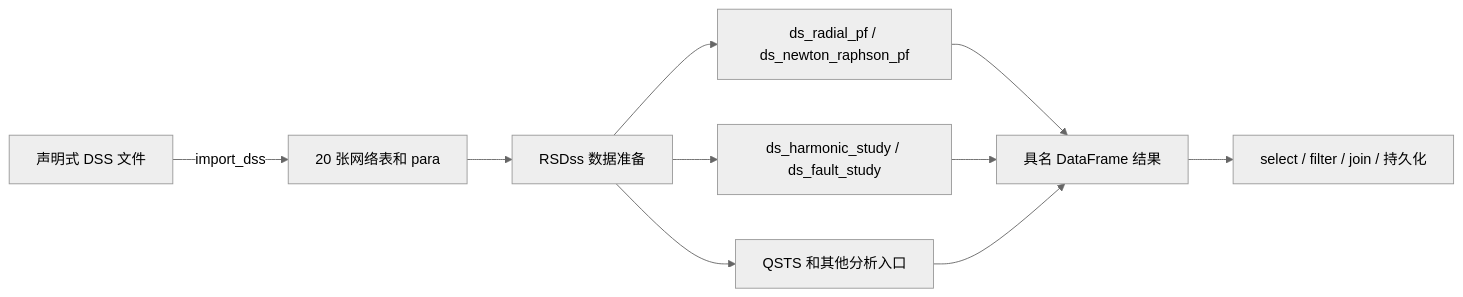
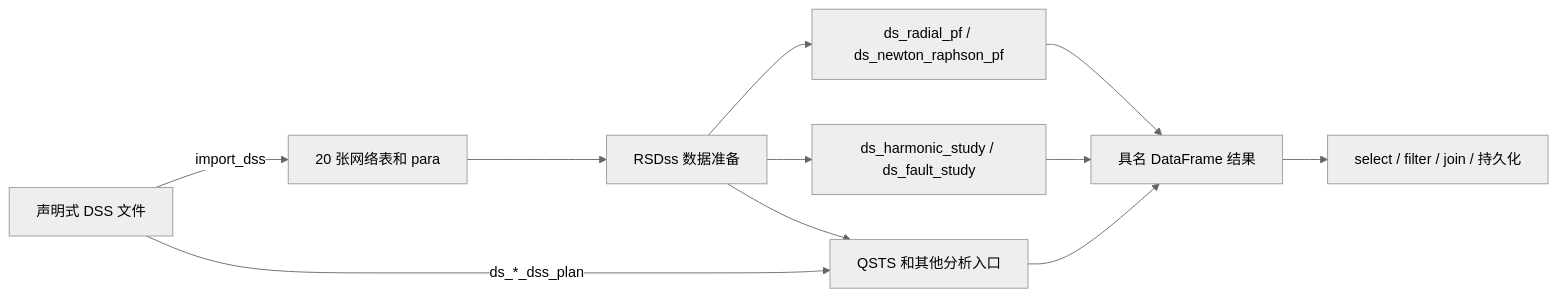
One commit to shufengdong/sparrowzz changed the diagram in dss/docs/opendss_to_rss.md. Above: the diagram before and after it, drawn with Mermaid (neutral theme). The commit also changed other lines of this file and 5 other files, not shown here.

````diff
--- a/dss/docs/opendss_to_rss.md
+++ b/dss/docs/opendss_to_rss.md
@@ -18,12 +18,13 @@
 ```mermaid
 flowchart LR
     A[声明式 DSS 文件] -->|import_dss| B[20 张网络表和 para]
     B --> C[RSDss 数据准备]
     C --> D[ds_radial_pf / ds_newton_raphson_pf]
     C --> E[ds_harmonic_study / ds_fault_study]
     C --> F[QSTS 和其他分析入口]
+    A -->|ds_*_dss_plan| F
     D --> G[具名 DataFrame 结果]
     E --> G
     F --> G
     G --> H[select / filter / join / 持久化]
 ```
````
